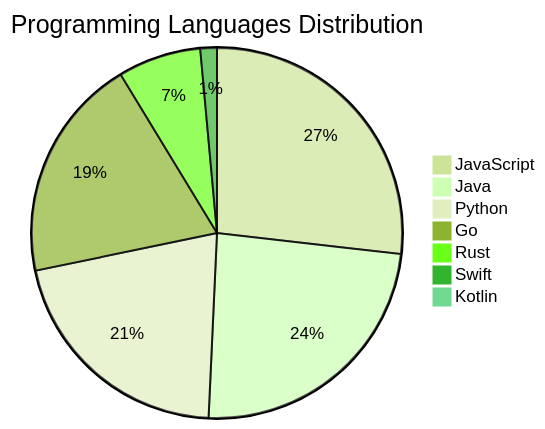
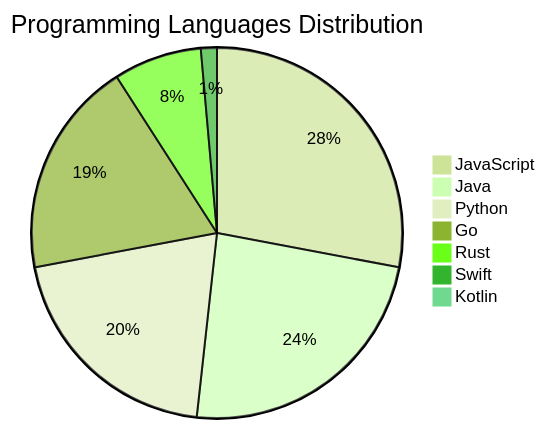
One commit to Derrick-MUGISHA/github-activity-bot changed the diagram in README.md. Above: the diagram before and after it, drawn with Mermaid (forest theme). The commit also changed other lines of this file and 4 other files, not shown here.

````diff
--- a/README.md
+++ b/README.md
@@ -207,10 +207,10 @@
 ```mermaid
 pie title Programming Languages Distribution
-    "JavaScript" : 37
-    "Java" : 33
+    "JavaScript" : 40
+    "Java" : 34
     "Python" : 29
     "Go" : 27
-    "Rust" : 10
+    "Rust" : 11
     "Swift" : 2
     "Kotlin" : 1
 ```
````
